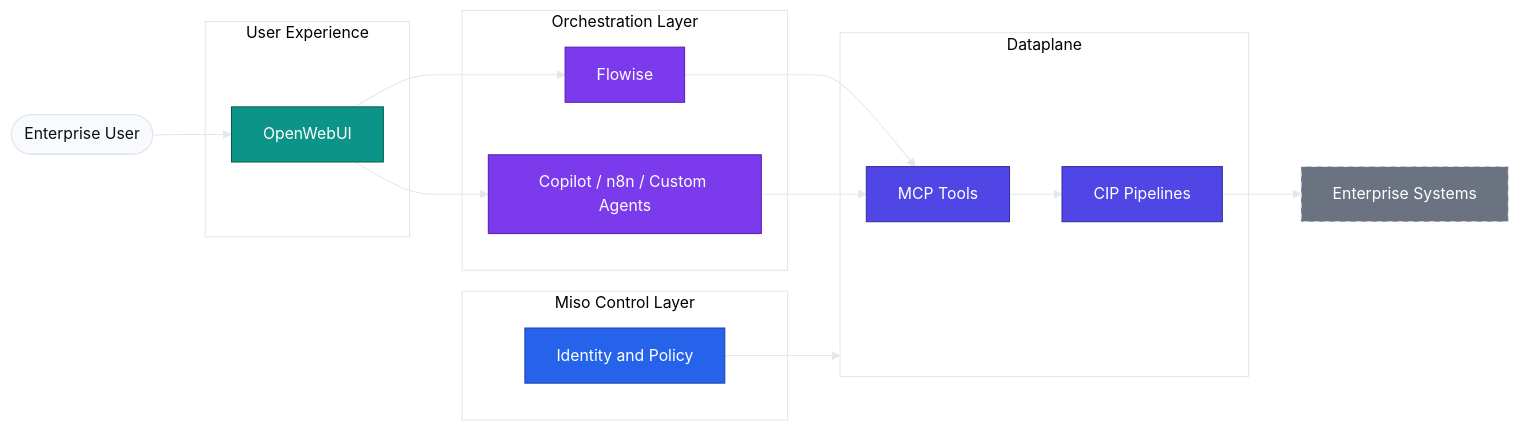
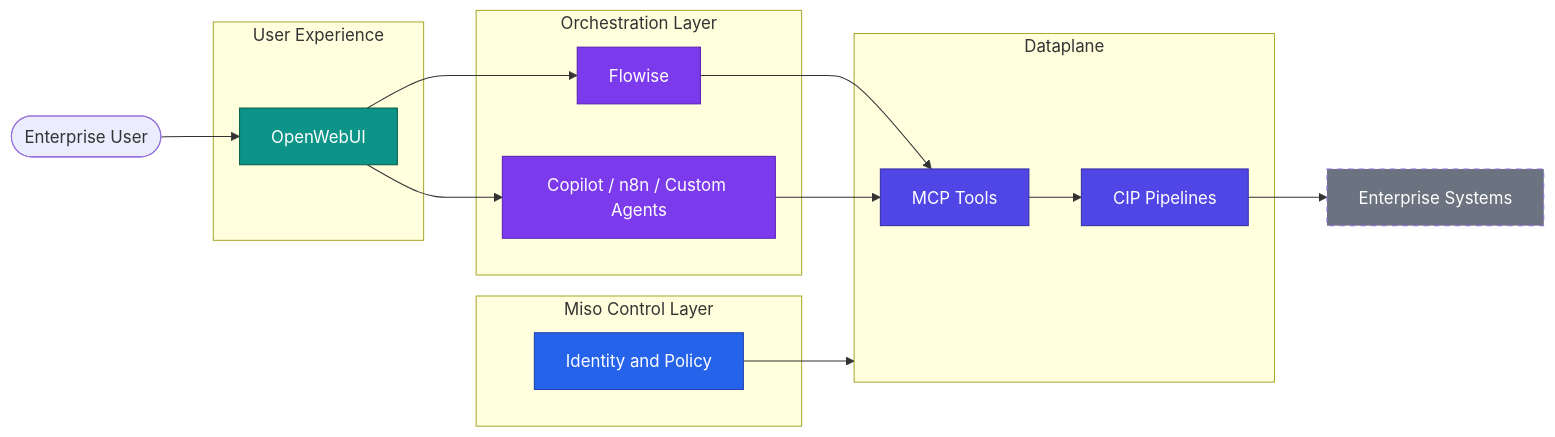
The diagram in docs/orchestration-layer/orchestration-layer.md (esystemsdev/aifabrix-docs), drawn with Mermaid before and after one commit. The commit also changed other lines of this file and 65 other files, not shown here.

````diff
--- a/docs/orchestration-layer/orchestration-layer.md
+++ b/docs/orchestration-layer/orchestration-layer.md
@@ -13,56 +13,40 @@
 ```mermaid
-%%{init: {
-  "theme": "base",
-  "themeVariables": {
-    "fontFamily": "Poppins, Arial Rounded MT Bold, Arial, sans-serif",
-    "fontSize": "15px",
-    "background": "#FFFFFF",
-    "primaryColor": "#F8FAFC",
-    "primaryTextColor": "#0B0E15",
-    "primaryBorderColor": "#E2E8F0",
-    "lineColor": "#E2E8F0",
-    "textColor": "#0B0E15",
-    "subGraphTitleColor": "#64748B",
-    "subGraphTitleFontWeight": "500"
-  }
-}}%%
-
 flowchart LR
 
 classDef control fill:#2563EB,color:#ffffff,stroke:#1E40AF;
 classDef core fill:#4F46E5,color:#ffffff,stroke:#3730A3;
 classDef flow fill:#7C3AED,color:#ffffff,stroke:#5B21B6;
 classDef ui fill:#0D9488,color:#ffffff,stroke:#065F46;
 classDef external fill:#6B7280,color:#ffffff,stroke-dasharray: 5 5;
 
 enterprise_user([Enterprise User])
 
 subgraph ux_layer["User Experience"]
   openwebui["OpenWebUI"]:::ui
 end
 
 subgraph orchestration_layer["Orchestration Layer"]
   flowise["Flowise"]:::flow
   third_party["Copilot / n8n / Custom Agents"]:::flow
 end
 
 subgraph dataplane["Dataplane"]
   mcp_tools["MCP Tools"]:::core
   cip_tools["CIP Pipelines"]:::core
 end
 
 subgraph miso_control["Miso Control Layer"]
   identity_policy["Identity and Policy"]:::control
 end
 
 enterprise_systems["Enterprise Systems"]:::external
 
 enterprise_user --> openwebui --> flowise
 openwebui --> third_party
 
 flowise --> mcp_tools --> cip_tools
 third_party --> mcp_tools
 
 identity_policy --> dataplane
 cip_tools --> enterprise_systems
 ```
````
